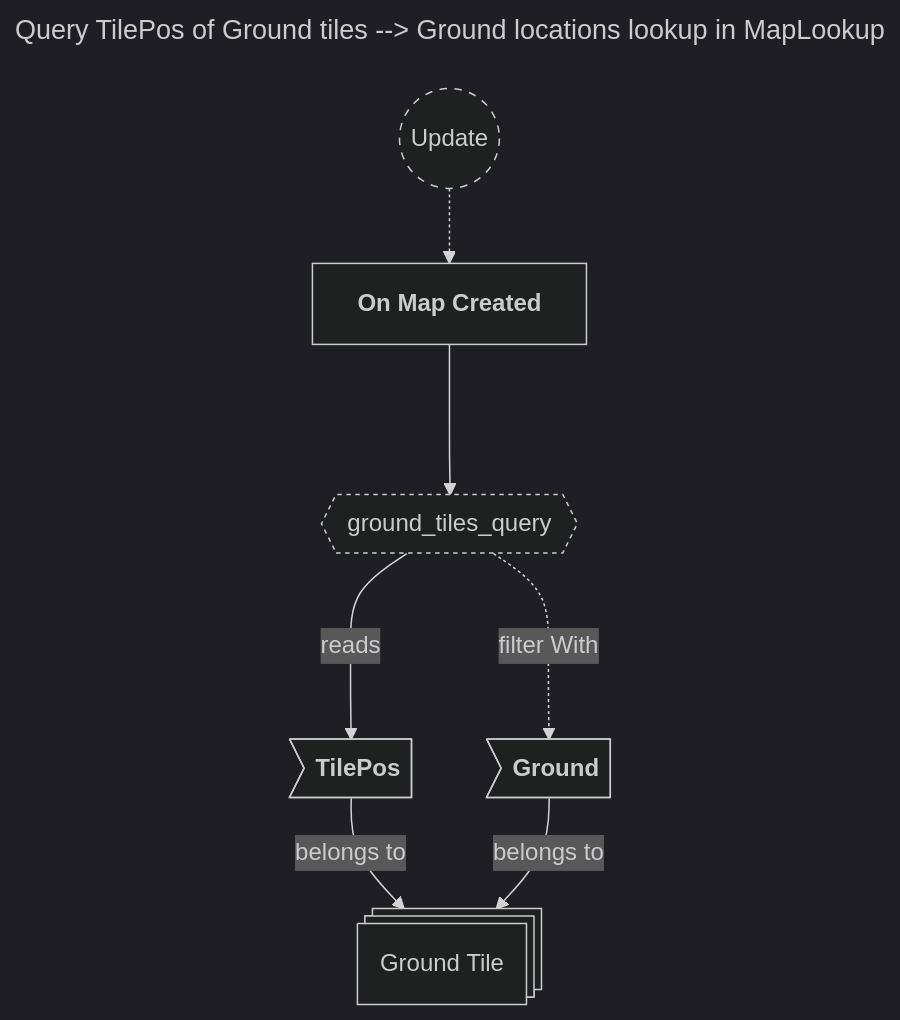
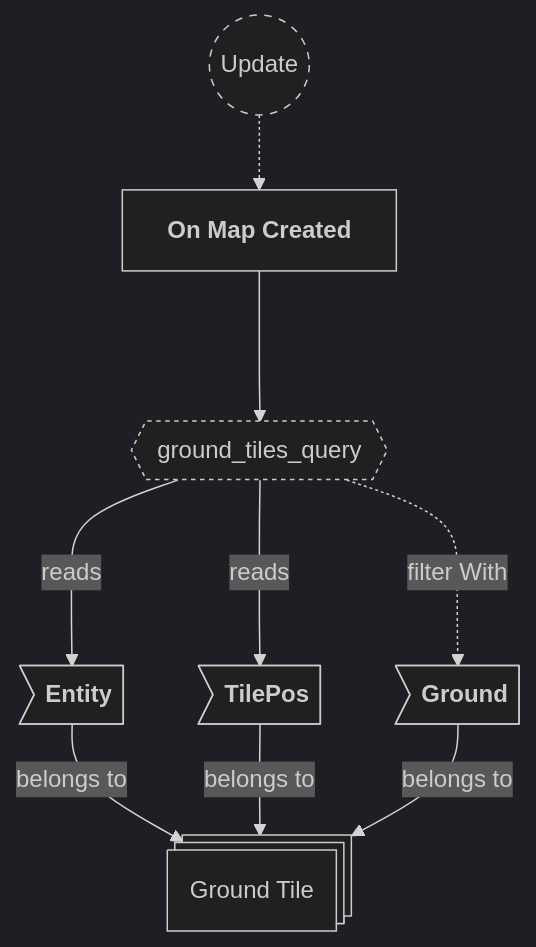
The third of 6 diagrams in backlog/docs/doc-3 - 001-Maps-plugin.md (neurosoup/tyled), drawn with Mermaid before and after one commit. The commit also changed other lines of this file and 7 other files, not shown here.

````diff
--- a/backlog/docs/doc-3 - 001-Maps-plugin.md
+++ b/backlog/docs/doc-3 - 001-Maps-plugin.md
@@ -92,27 +121,28 @@
 ```mermaid
 ---
-title: Query TilePos of Ground tiles --> Ground locations lookup in MapLookup
 config:
   theme: dark
 ---
 
 flowchart TD
 classDef system-group stroke-dasharray: 5 5
 classDef query stroke-dasharray: 3 3
 
 update(("`Update`")):::system-group
 on_map_created["`**On Map Created**`"]
 
 update -.-> on_map_created
 
 ground_tiles_query{{"`ground_tiles_query`"}}:::query
 on_map_created ---> ground_tiles_query
 
 ground_entity@{ shape: st-rect, label: "Ground Tile" }
 
+gt_entity>"`**Entity**`"] --> |belongs to| ground_entity
 gt_tile_pos>"`**TilePos**`"] --> |belongs to| ground_entity
 gt_ground>"`**Ground**`"] --> |belongs to| ground_entity
 
+ground_tiles_query ---> |reads| gt_entity
 ground_tiles_query ---> |reads| gt_tile_pos
 ground_tiles_query -..-> |filter With| gt_ground
 ```
````
